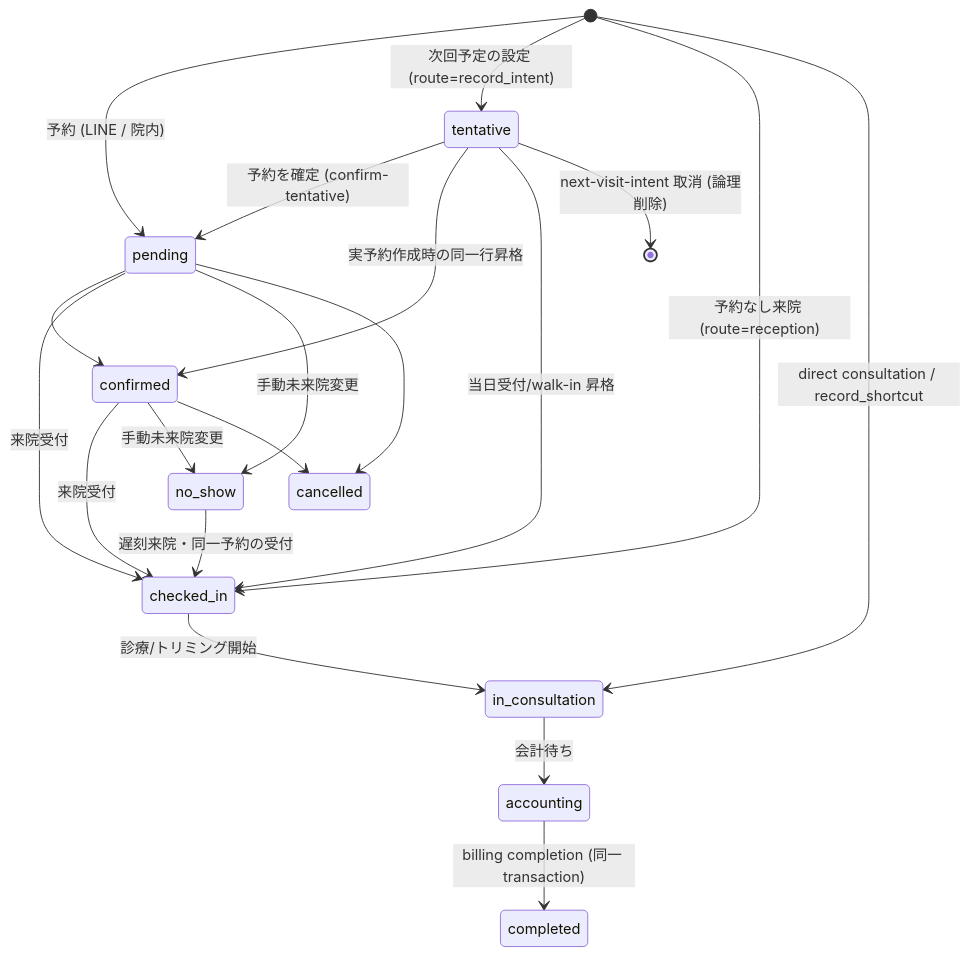
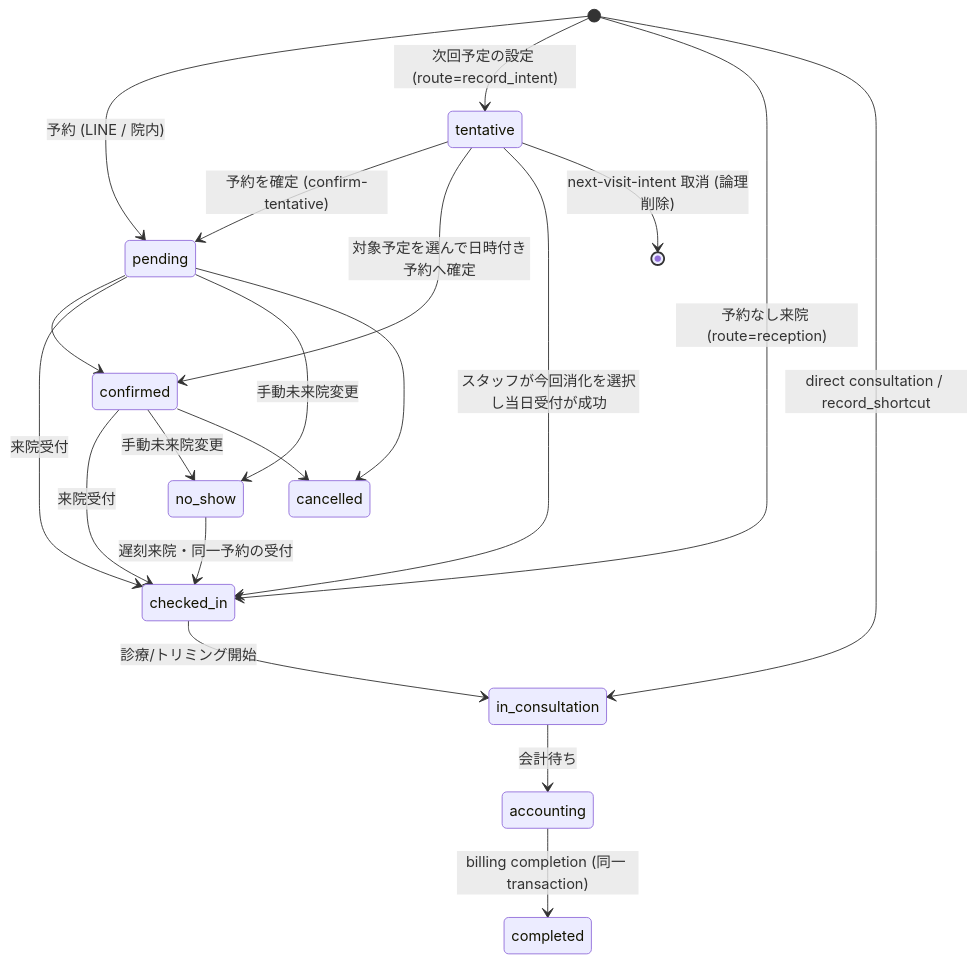
Before and after one commit to MinoruSoga/AnimalEkarte: the diagram in docs/spec/workflows/reservation-to-record-flow.md, drawn with Mermaid. The commit also changed other lines of this file and 40 other files, not shown here.

````diff
--- a/docs/spec/workflows/reservation-to-record-flow.md
+++ b/docs/spec/workflows/reservation-to-record-flow.md
@@ -327,22 +355,22 @@
 ```mermaid
 stateDiagram-v2
     [*] --> pending : 予約 (LINE / 院内)
     [*] --> tentative : 次回予定の設定 (route=record_intent)
     pending --> confirmed
     pending --> checked_in : 来院受付
     confirmed --> checked_in : 来院受付
     tentative --> pending : 予約を確定 (confirm-tentative)
-    tentative --> confirmed : 実予約作成時の同一行昇格
-    tentative --> checked_in : 当日受付/walk-in 昇格
+    tentative --> confirmed : 対象予定を選んで日時付き予約へ確定
+    tentative --> checked_in : スタッフが今回消化を選択し当日受付が成功
     tentative --> [*] : next-visit-intent 取消 (論理削除)
     [*] --> checked_in : 予約なし来院 (route=reception)
     [*] --> in_consultation : direct consultation / record_shortcut
     checked_in --> in_consultation : 診療/トリミング開始
     in_consultation --> accounting : 会計待ち
     accounting --> completed : billing completion (同一 transaction)
     pending --> no_show : 手動未来院変更
     confirmed --> no_show : 手動未来院変更
     no_show --> checked_in : 遅刻来院・同一予約の受付
     pending --> cancelled
     confirmed --> cancelled
 ```
````
